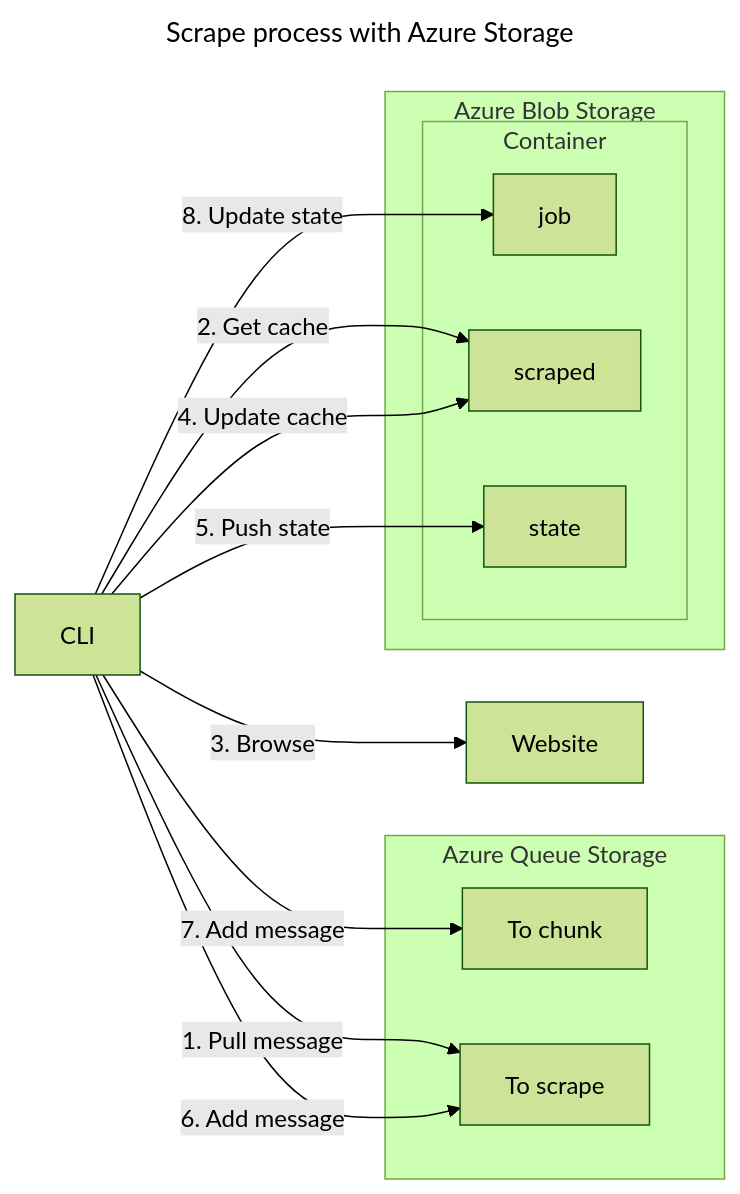
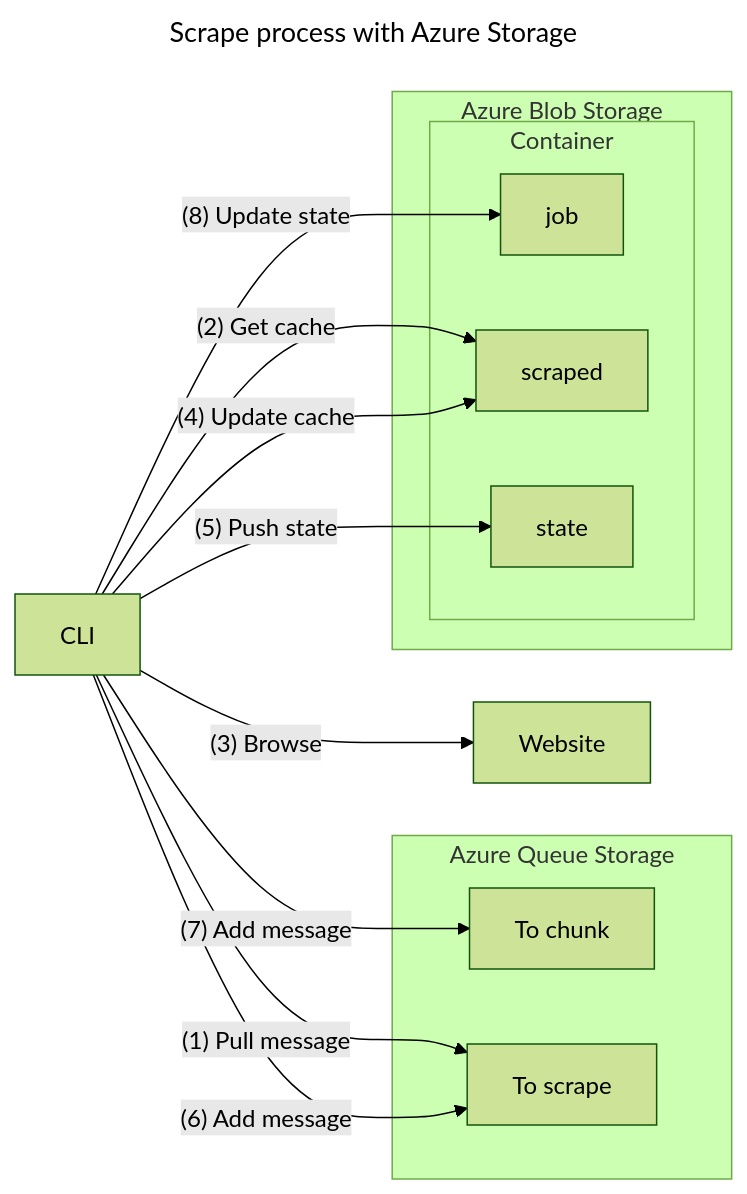
The first of 2 diagrams in README.md (clemlesne/scrape-it-now), drawn with Mermaid (forest theme) before and after one commit. The commit also changed other lines of this file, not shown here.

Commit message:
doc: Fix Mermaid diagrams render

````diff
--- a/README.md
+++ b/README.md
@@ -243,30 +243,30 @@
 ```mermaid
 ---
 title: Scrape process with Azure Storage
 ---
 graph LR
   cli["CLI"]
   web["Website"]
 
   subgraph "Azure Queue Storage"
     to_chunk["To chunk"]
     to_scrape["To scrape"]
   end
 
   subgraph "Azure Blob Storage"
     subgraph "Container"
       job["job"]
       scraped["scraped"]
       state["state"]
     end
   end
 
-  cli -- 1. Pull message --> to_scrape
-  cli -- 2. Get cache --> scraped
-  cli -- 3. Browse --> web
-  cli -- 4. Update cache --> scraped
-  cli -- 5. Push state --> state
-  cli -- 6. Add message --> to_scrape
-  cli -- 7. Add message --> to_chunk
-  cli -- 8. Update state --> job
+  cli -- (1) Pull message --> to_scrape
+  cli -- (2) Get cache --> scraped
+  cli -- (3) Browse --> web
+  cli -- (4) Update cache --> scraped
+  cli -- (5) Push state --> state
+  cli -- (6) Add message --> to_scrape
+  cli -- (7) Add message --> to_chunk
+  cli -- (8) Update state --> job
 ```
````
